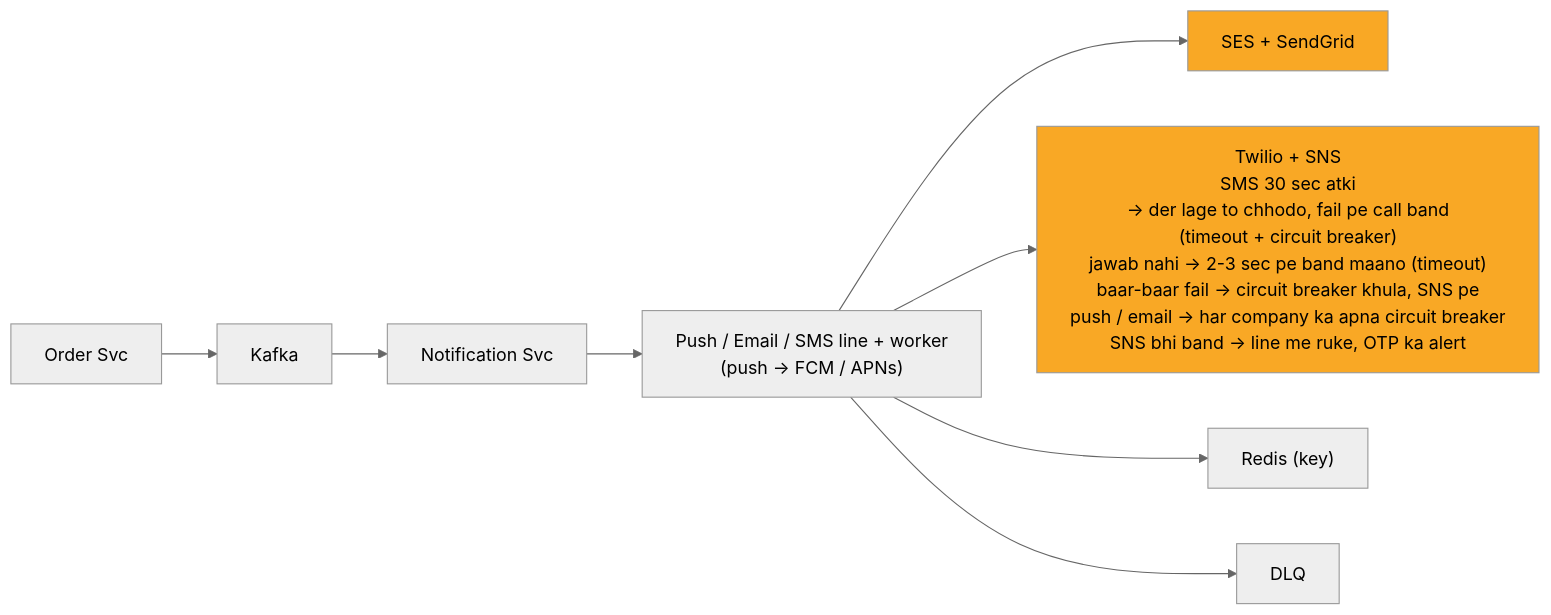
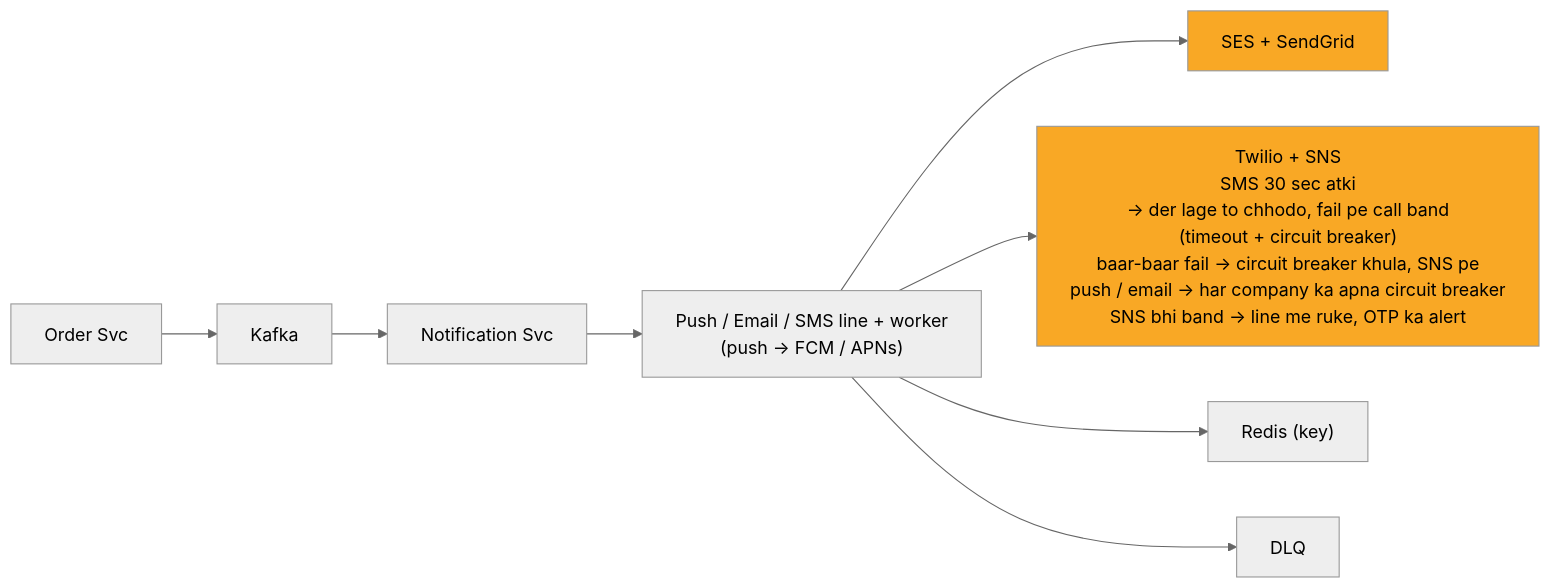
One commit to ArpanMaheshwari144/Prep changed the seventh of 13 diagrams in 04_HLD/SYSTEM_DESIGNS/04_notification_system/04_notification_system.md. Above: the diagram before and after it, drawn with Mermaid (neutral theme). The commit also changed other lines of this file and 13 other files, not shown here.

````diff
--- a/04_HLD/SYSTEM_DESIGNS/04_notification_system/04_notification_system.md
+++ b/04_HLD/SYSTEM_DESIGNS/04_notification_system/04_notification_system.md
@@ -290,21 +290,21 @@
 ```mermaid
 %%{init: {"flowchart": {"wrappingWidth": 450}}}%%
 flowchart LR
     n_Order_Svc["Order Svc"]
     n_Kafka["Kafka"]
     n_Notification_Svc["Notification Svc"]
     n_LINES["Push / Email / SMS line + worker<br/>(push -> FCM / APNs)"]
     n_SES["SES + SendGrid"]
-    n_Twilio["Twilio + SNS<br/>SMS 30 sec atki<br/>-> der lage to chhodo, fail pe call band<br/>(timeout + circuit breaker)<br/>jawab nahi -> 2-3 sec pe band maano (timeout)<br/>baar-baar fail -> circuit breaker khula, SNS pe<br/>push / email -> har company ka apna circuit breaker<br/>SNS bhi band -> line me ruke, OTP ka alert"]
+    n_Twilio["Twilio + SNS<br/>SMS 30 sec atki<br/>-> der lage to chhodo, fail pe call band<br/>(timeout + circuit breaker)<br/>baar-baar fail -> circuit breaker khula, SNS pe<br/>push / email -> har company ka apna circuit breaker<br/>SNS bhi band -> line me ruke, OTP ka alert"]
     n_Redis["Redis (key)"]
     n_DLQ["DLQ"]
     n_Order_Svc --> n_Kafka
     n_Kafka --> n_Notification_Svc
     n_Notification_Svc --> n_LINES
     n_LINES --> n_SES
     n_LINES --> n_Twilio
     n_LINES --> n_Redis
     n_LINES --> n_DLQ
     style n_SES fill:#f9a825,color:#000
     style n_Twilio fill:#f9a825,color:#000
 ```
````
